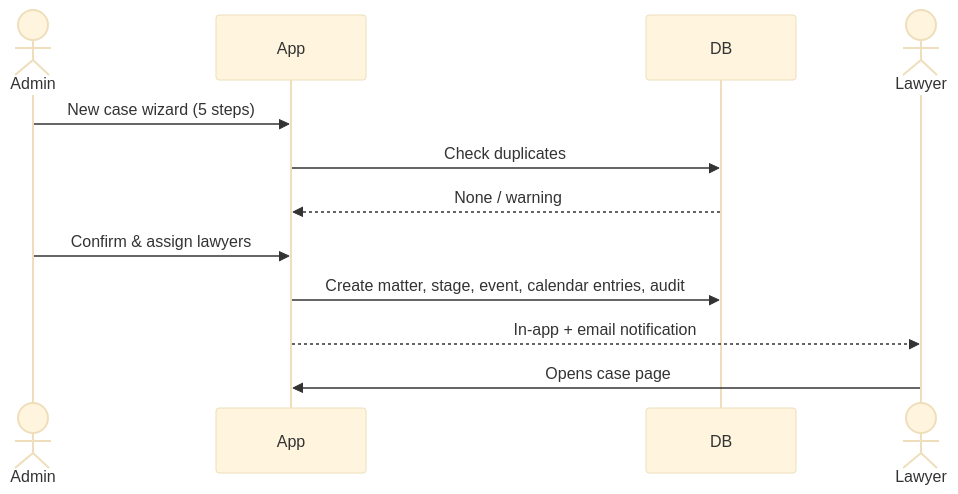
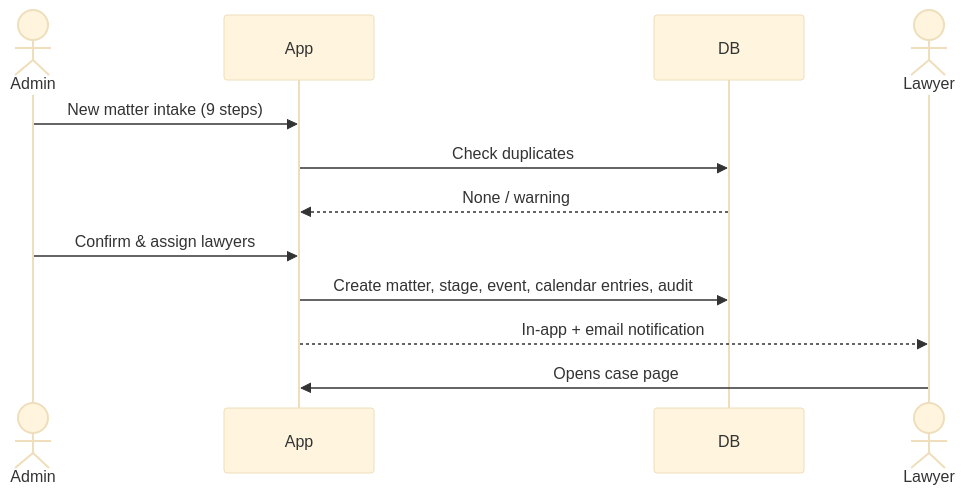
Before and after one commit to mazzalin32/civil-aviation: the fourth of 9 diagrams in FLOWS.md, drawn with Mermaid (base theme). The commit also changed other lines of this file and 13 other files, not shown here.

````diff
--- a/FLOWS.md
+++ b/FLOWS.md
@@ -126,14 +129,14 @@
 ```mermaid
 sequenceDiagram
     actor Admin
     participant App
     participant DB
     actor Lawyer
-    Admin->>App: New case wizard (5 steps)
+    Admin->>App: New matter intake (9 steps)
     App->>DB: Check duplicates
     DB-->>App: None / warning
     Admin->>App: Confirm & assign lawyers
     App->>DB: Create matter, stage, event, calendar entries, audit
     App-->>Lawyer: In-app + email notification
     Lawyer->>App: Opens case page
 ```
````
